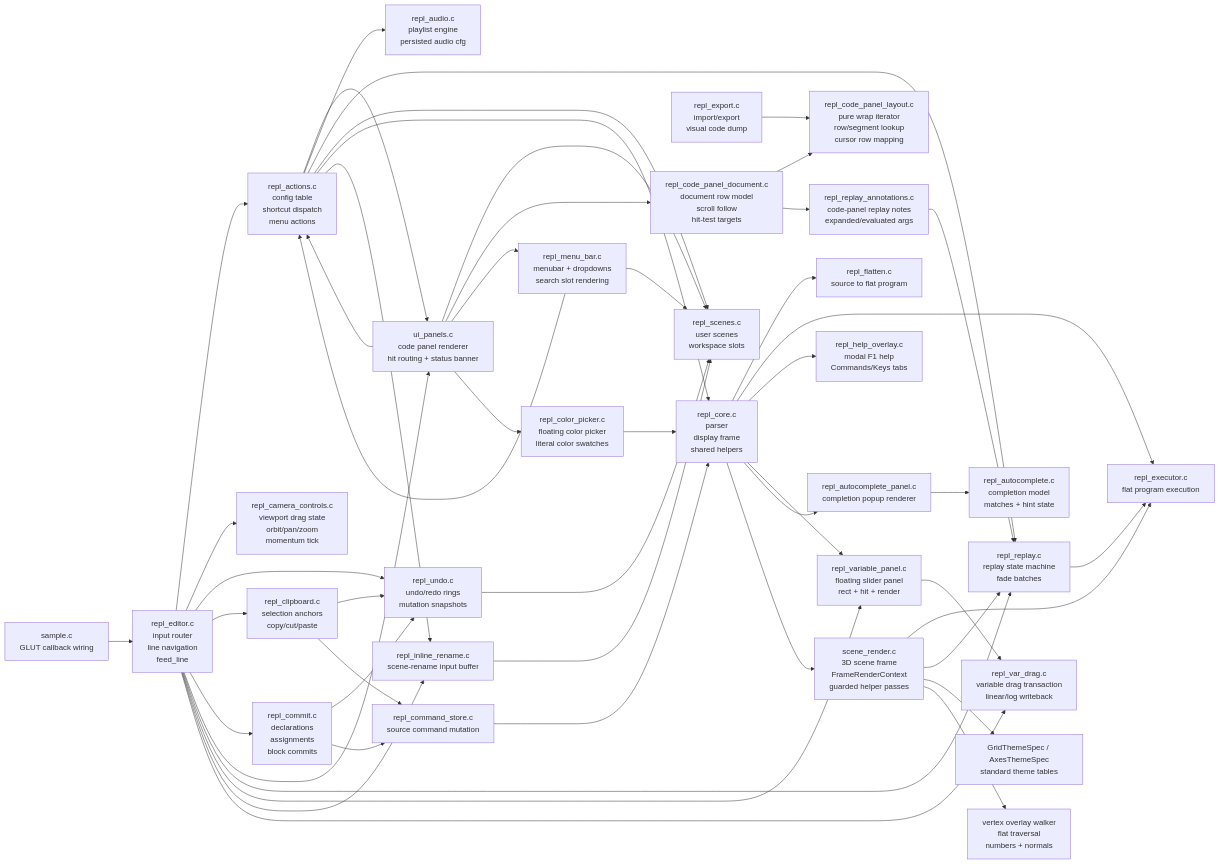
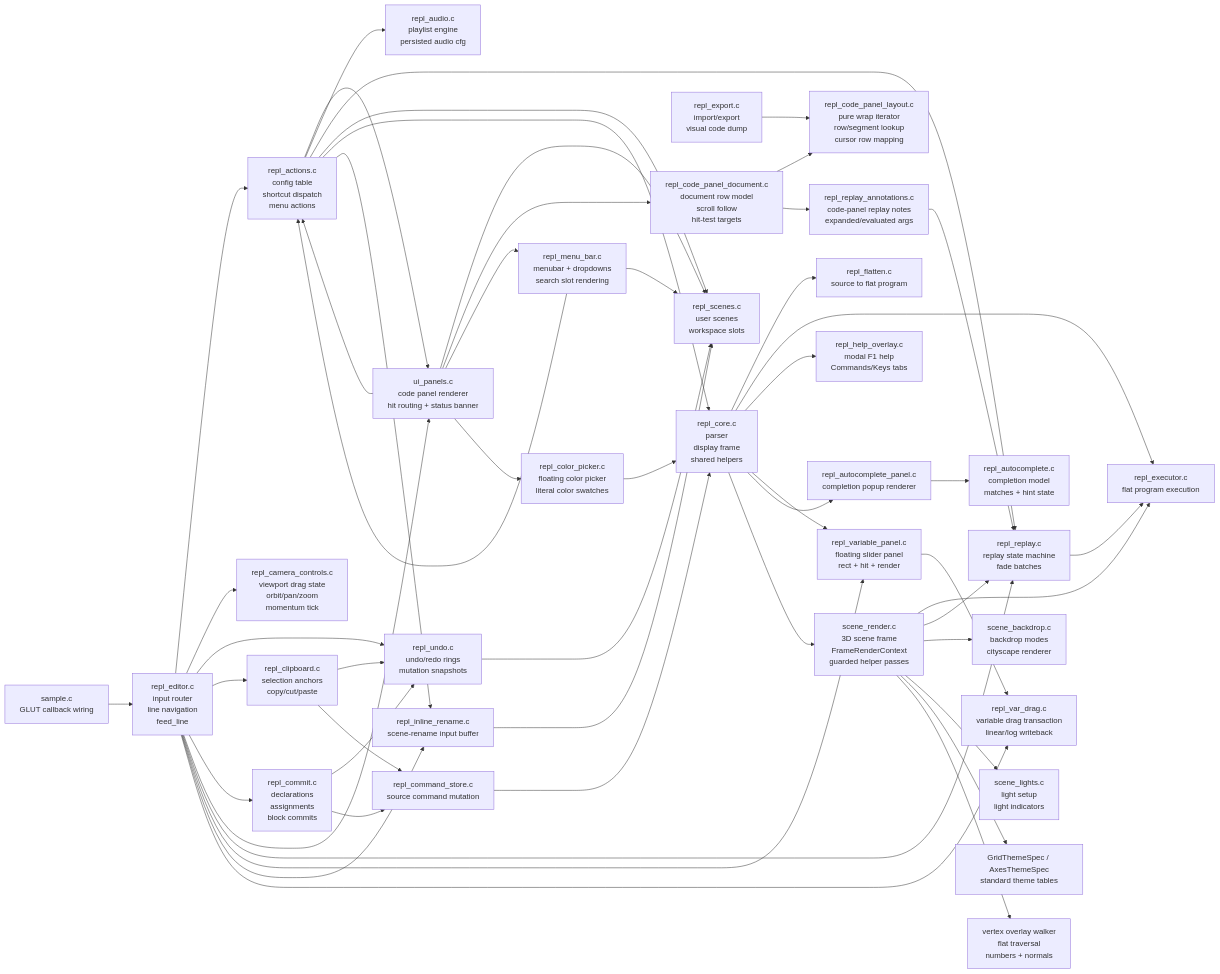
The diagram in REPL_REFACTOR_MAP.md (drewwoods/gl-repl), drawn with Mermaid before and after one commit. The commit also changed other lines of this file and 10 other files, not shown here.

First line of the commit message:
refactor: extract scene backdrop and lights

```diff
--- a/REPL_REFACTOR_MAP.md
+++ b/REPL_REFACTOR_MAP.md
@@ -32,6 +32,8 @@
     audio["repl_audio.c<br/>playlist engine<br/>persisted audio cfg"]
     replay["repl_replay.c<br/>replay state machine<br/>fade batches"]
     scene["scene_render.c<br/>3D scene frame<br/>FrameRenderContext<br/>guarded helper passes"]
+    backdrop["scene_backdrop.c<br/>backdrop modes<br/>cityscape renderer"]
+    lights["scene_lights.c<br/>light setup<br/>light indicators"]
     scene_theme["GridThemeSpec / AxesThemeSpec<br/>standard theme tables"]
     scene_overlay["vertex overlay walker<br/>flat traversal<br/>numbers + normals"]
     scenes["repl_scenes.c<br/>user scenes<br/>workspace slots"]
@@ -77,6 +79,8 @@
     core --> scene
     scene --> exec
     scene --> replay
+    scene --> backdrop
+    scene --> lights
     scene --> scene_theme
     scene --> scene_overlay
     ui --> actions
```
